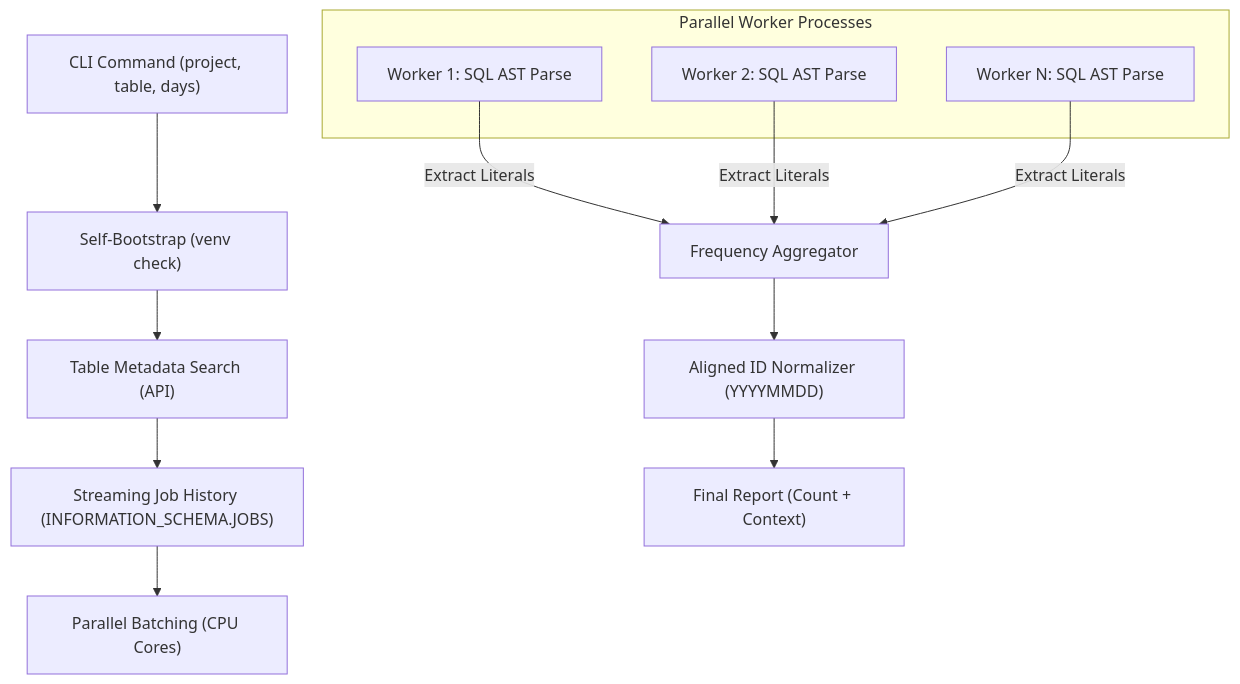
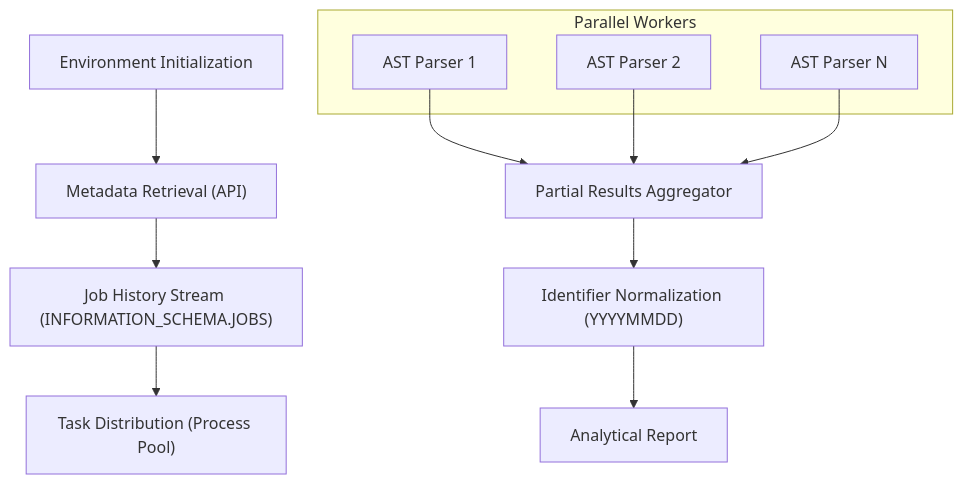
One commit to PraveenAkunuru/bigquery_partition_access_auditor changed the diagram in README.md. Above: the diagram before and after it, drawn with Mermaid. The commit also changed other lines of this file, not shown here.

````diff
--- a/README.md
+++ b/README.md
@@ -18,20 +20,19 @@
 ```mermaid
 graph TD
-    A["CLI Command (project, table, days)"] --> B["Self-Bootstrap (venv check)"]
-    B --> C["Table Metadata Search (API)"]
-    C --> D["Streaming Job History (INFORMATION_SCHEMA.JOBS)"]
-    D --> E["Parallel Batching (CPU Cores)"]
+    A["Environment Initialization"] --> B["Metadata Retrieval (API)"]
+    B --> C["Job History Stream (INFORMATION_SCHEMA.JOBS)"]
+    C --> D["Task Distribution (Process Pool)"]
     
-    subgraph "Parallel Worker Processes"
-        E1["Worker 1: SQL AST Parse"]
-        E2["Worker 2: SQL AST Parse"]
-        En["Worker N: SQL AST Parse"]
+    subgraph Parallel Workers
+        D1["AST Parser 1"]
+        D2["AST Parser 2"]
+        Dn["AST Parser N"]
     end
     
-    E1 -- "Extract Literals" --> F["Frequency Aggregator"]
-    E2 -- "Extract Literals" --> F
-    En -- "Extract Literals" --> F
+    D1 --> E["Partial Results Aggregator"]
+    D2 --> E
+    Dn --> E
     
-    F --> G["Aligned ID Normalizer (YYYYMMDD)"]
-    G --> H["Final Report (Count + Context)"]
+    E --> F["Identifier Normalization (YYYYMMDD)"]
+    F --> G["Analytical Report"]
 ```
````
